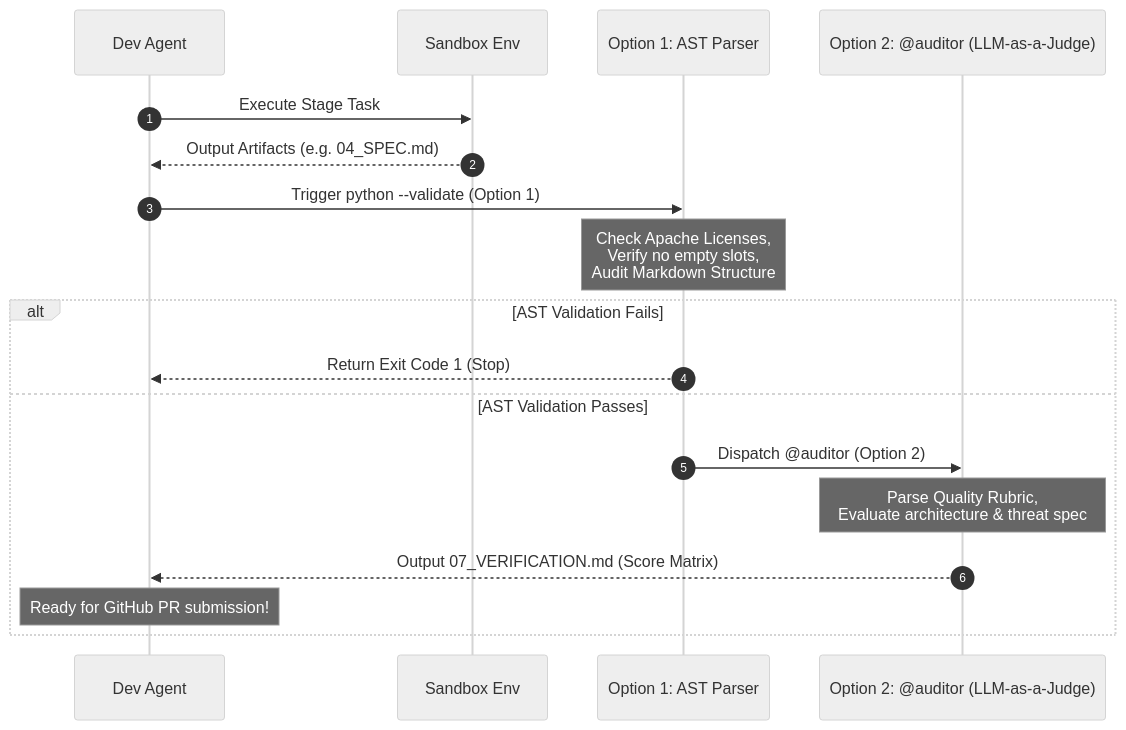
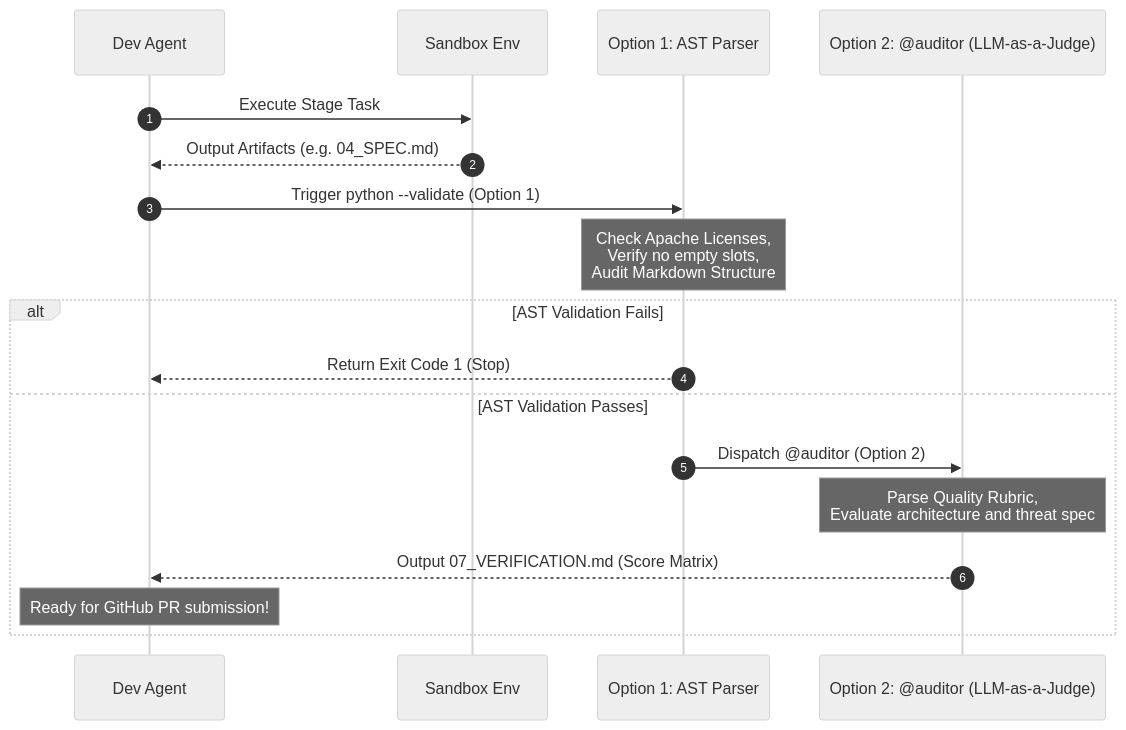
The diagram in docs/test_report.md (sapientcoffee/bean-to-cup), drawn with Mermaid (neutral theme) before and after one commit. The commit also changed 2 other files, not shown here.

Commit message:
fix(docs): sanitize Mermaid diagram syntax for GitHub renderer compatibility
- Remove raw HTML tags, brackets, and unicode symbols from Mermaid flowchart nodes in README.md and docs/sdlc_components_validation.md
- Lowercase sequence diagram keywords (alt, else, end) in docs/test_report.md

````diff
--- a/docs/test_report.md
+++ b/docs/test_report.md
@@ -117,21 +117,21 @@
 ```mermaid
 sequenceDiagram
     autonumber
     participant Developer as Dev Agent
     participant Sandbox as Sandbox Env
     participant AST as Option 1: AST Parser
     participant Auditor as Option 2: @auditor (LLM-as-a-Judge)
 
     Developer->>Sandbox: Execute Stage Task
     Sandbox-->>Developer: Output Artifacts (e.g. 04_SPEC.md)
     Developer->>AST: Trigger python --validate (Option 1)
     Note over AST: Check Apache Licenses,<br/>Verify no empty slots,<br/>Audit Markdown Structure
-    ALT AST Validation Fails
+    alt AST Validation Fails
         AST-->>Developer: Return Exit Code 1 (Stop)
-    ELSE AST Validation Passes
+    else AST Validation Passes
         AST->>Auditor: Dispatch @auditor (Option 2)
-        Note over Auditor: Parse Quality Rubric,<br/>Evaluate architecture & threat spec
+        Note over Auditor: Parse Quality Rubric,<br/>Evaluate architecture and threat spec
         Auditor-->>Developer: Output 07_VERIFICATION.md (Score Matrix)
         Note over Developer: Ready for GitHub PR submission!
-    END
+    end
 ```
````
